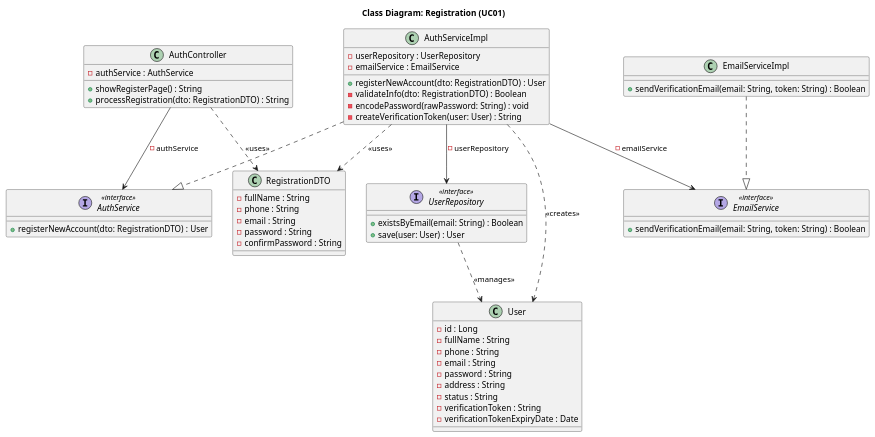
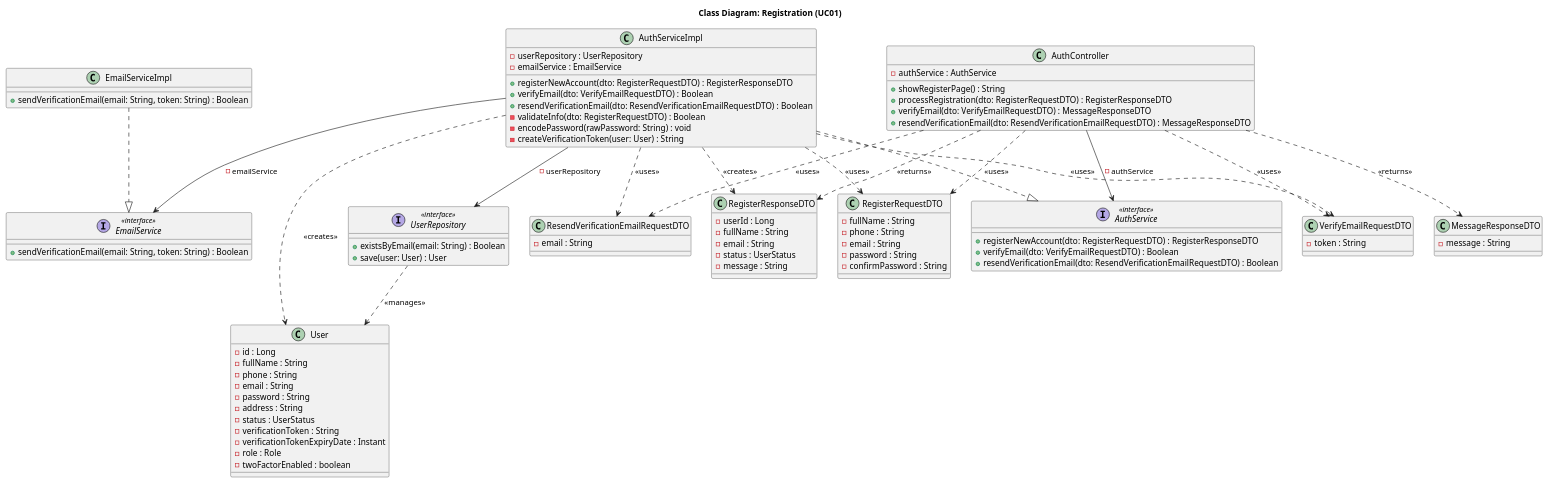
One commit to Peterdir/fashion-store-system changed the diagram in src/main/java/org/example/fashionstoresystem/uml/Class/CD01_Registration.puml. Above: the diagram before and after it, drawn with PlantUML. The commit also changed 63 other files, not shown here.

```diff
--- a/src/main/java/org/example/fashionstoresystem/uml/Class/CD01_Registration.puml
+++ b/src/main/java/org/example/fashionstoresystem/uml/Class/CD01_Registration.puml
@@ -1,81 +1,119 @@
 @startuml
 title Class Diagram: Registration (UC01)
 
 ' Controller
 
 class AuthController {
     - authService : AuthService
     + showRegisterPage() : String
-    + processRegistration(dto: RegistrationDTO) : String
+    + processRegistration(dto: RegisterRequestDTO) : RegisterResponseDTO
+    + verifyEmail(dto: VerifyEmailRequestDTO) : MessageResponseDTO
+    + resendVerificationEmail(dto: ResendVerificationEmailRequestDTO) : MessageResponseDTO
 }
 
 'Service
 
 interface AuthService <<interface>> {
-    + registerNewAccount(dto: RegistrationDTO) : User
+    + registerNewAccount(dto: RegisterRequestDTO) : RegisterResponseDTO
+    + verifyEmail(dto: VerifyEmailRequestDTO) : Boolean
+    + resendVerificationEmail(dto: ResendVerificationEmailRequestDTO) : Boolean
 }
 
 class AuthServiceImpl {
     - userRepository : UserRepository
     - emailService : EmailService
-    + registerNewAccount(dto: RegistrationDTO) : User
-    - validateInfo(dto: RegistrationDTO) : Boolean
+    + registerNewAccount(dto: RegisterRequestDTO) : RegisterResponseDTO
+    + verifyEmail(dto: VerifyEmailRequestDTO) : Boolean
+    + resendVerificationEmail(dto: ResendVerificationEmailRequestDTO) : Boolean
+    - validateInfo(dto: RegisterRequestDTO) : Boolean
     - encodePassword(rawPassword: String) : void
     - createVerificationToken(user: User) : String
 }
 
 interface EmailService <<interface>> {
     + sendVerificationEmail(email: String, token: String) : Boolean
 }
 
 class EmailServiceImpl {
     + sendVerificationEmail(email: String, token: String) : Boolean
 }
 
 ' Repository
 
 interface UserRepository <<interface>> {
     + existsByEmail(email: String) : Boolean
     + save(user: User) : User
 }
 
 
-' Entity & DTO
+' DTO
 
-class RegistrationDTO {
+class RegisterRequestDTO {
     - fullName : String
     - phone : String
     - email : String
     - password : String
     - confirmPassword : String
 }
+
+class RegisterResponseDTO {
+    - userId : Long
+    - fullName : String
+    - email : String
+    - status : UserStatus
+    - message : String
+}
+
+class VerifyEmailRequestDTO {
+    - token : String
+}
+
+class ResendVerificationEmailRequestDTO {
+    - email : String
+}
+
+class MessageResponseDTO {
+    - message : String
+}
+
+' Entity
 
 class User {
     - id : Long
     - fullName : String
     - phone : String
     - email : String
     - password : String
     - address : String
-    - status : String
+    - status : UserStatus
     - verificationToken : String
-    - verificationTokenExpiryDate : Date
+    - verificationTokenExpiryDate : Instant
+    - role : Role
+    - twoFactorEnabled : boolean
 }
 
 ' Relationships
 
 ' Class implement Interface
 AuthServiceImpl ..|> AuthService
 EmailServiceImpl ..|> EmailService
 
 ' Dependency Injection
 AuthController --> AuthService : - authService
 AuthServiceImpl --> UserRepository : - userRepository
 AuthServiceImpl --> EmailService : - emailService
 
 ' Object Usage
-AuthController ..> RegistrationDTO : <<uses>>
-AuthServiceImpl ..> RegistrationDTO : <<uses>>
+AuthController ..> RegisterRequestDTO : <<uses>>
+AuthController ..> RegisterResponseDTO : <<returns>>
+AuthController ..> VerifyEmailRequestDTO : <<uses>>
+AuthController ..> ResendVerificationEmailRequestDTO : <<uses>>
+AuthController ..> MessageResponseDTO : <<returns>>
+
+AuthServiceImpl ..> RegisterRequestDTO : <<uses>>
+AuthServiceImpl ..> RegisterResponseDTO : <<creates>>
+AuthServiceImpl ..> VerifyEmailRequestDTO : <<uses>>
+AuthServiceImpl ..> ResendVerificationEmailRequestDTO : <<uses>>
 AuthServiceImpl ..> User : <<creates>>
 UserRepository ..> User : <<manages>>
 @enduml
```
